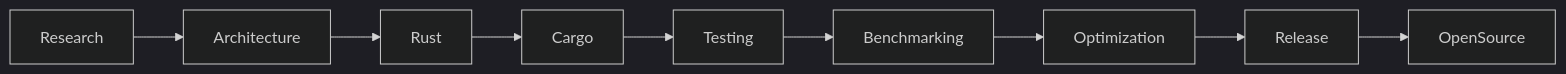
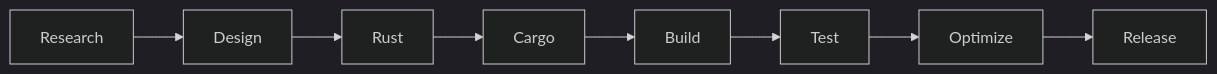
The diagram in README.md (m4n14ck/m4n14ck), drawn with Mermaid (dark theme) before and after one commit. The commit also changed other lines of this file, not shown here.

````diff
--- a/README.md
+++ b/README.md
@@ -169,19 +201,17 @@
 ```mermaid
 graph LR
 
-Research --> Architecture
+Research --> Design
 
-Architecture --> Rust
+Design --> Rust
 
 Rust --> Cargo
 
-Cargo --> Testing
+Cargo --> Build
 
-Testing --> Benchmarking
+Build --> Test
 
-Benchmarking --> Optimization
+Test --> Optimize
 
-Optimization --> Release
-
-Release --> OpenSource
+Optimize --> Release
 ```
````
